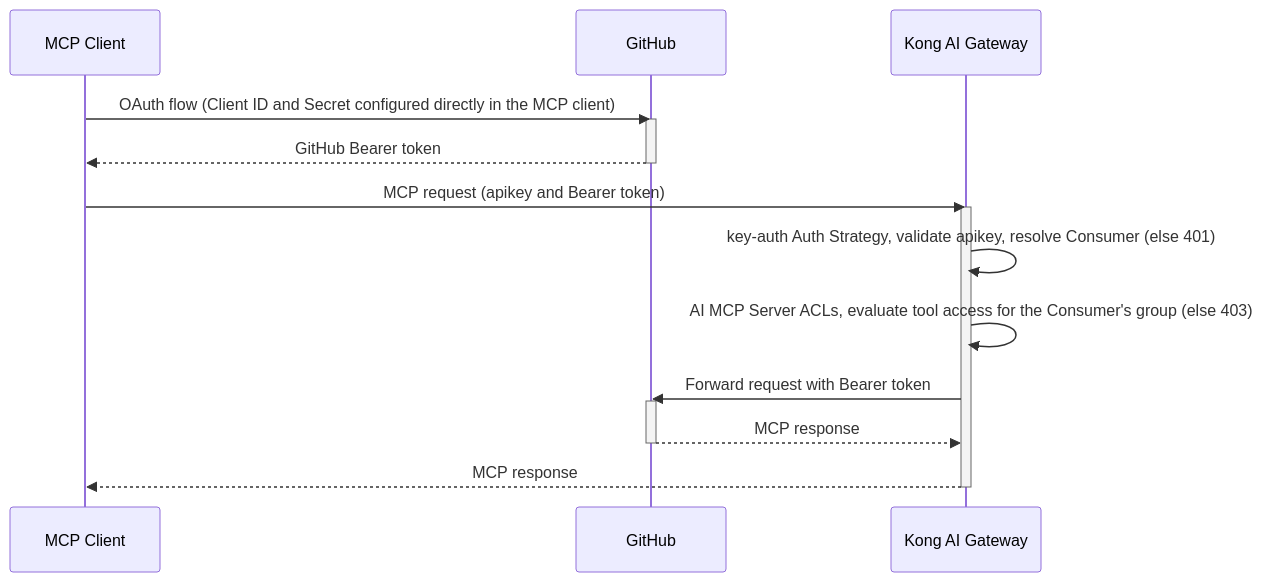
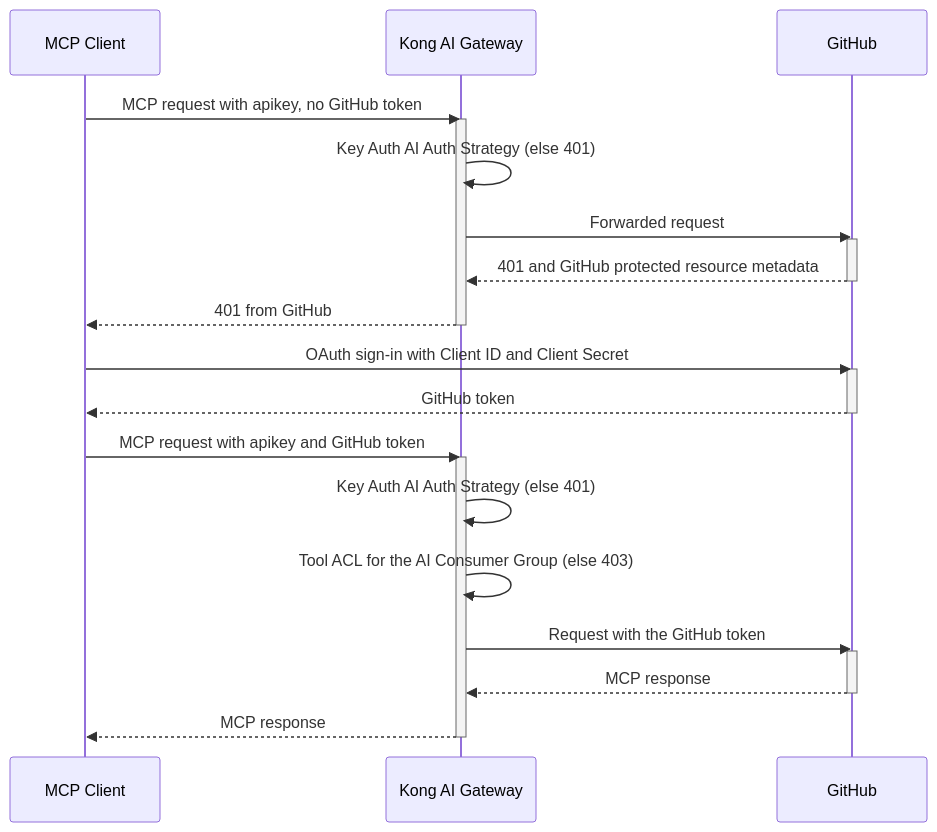
Before and after one commit to Kong/developer.konghq.com: the first of 2 diagrams in app/_cookbooks/secure-external-mcp-gateway.md, drawn with Mermaid. The commit also changed other lines of this file and 22 other files, not shown here.

```diff
--- a/app/_cookbooks/secure-external-mcp-gateway.md
+++ b/app/_cookbooks/secure-external-mcp-gateway.md
@@ -258,21 +528,30 @@
 {% mermaid %}
 sequenceDiagram
     participant C as MCP Client
+    participant K as Kong AI Gateway
     participant GH as GitHub
-    participant K as Kong AI Gateway
 
-    C->>GH: OAuth flow (Client ID and Secret configured directly in the MCP client)
+    C->>K: MCP request with apikey, no GitHub token
+    activate K
+    K->>K: Key Auth AI Auth Strategy (else 401)
+    K->>GH: Forwarded request
     activate GH
-    GH-->>C: GitHub Bearer token
+    GH-->>K: 401 and GitHub protected resource metadata
     deactivate GH
-    C->>K: MCP request (apikey and Bearer token)
+    K-->>C: 401 from GitHub
+    deactivate K
+    C->>GH: OAuth sign-in with Client ID and Client Secret
+    activate GH
+    GH-->>C: GitHub token
+    deactivate GH
+    C->>K: MCP request with apikey and GitHub token
     activate K
-    K->>K: key-auth Auth Strategy, validate apikey, resolve Consumer (else 401)
-    K->>K: AI MCP Server ACLs, evaluate tool access for the Consumer's group (else 403)
-    K->>GH: Forward request with Bearer token
+    K->>K: Key Auth AI Auth Strategy (else 401)
+    K->>K: Tool ACL for the AI Consumer Group (else 403)
+    K->>GH: Request with the GitHub token
     activate GH
     GH-->>K: MCP response
     deactivate GH
     K-->>C: MCP response
     deactivate K
 {% endmermaid %}
```
